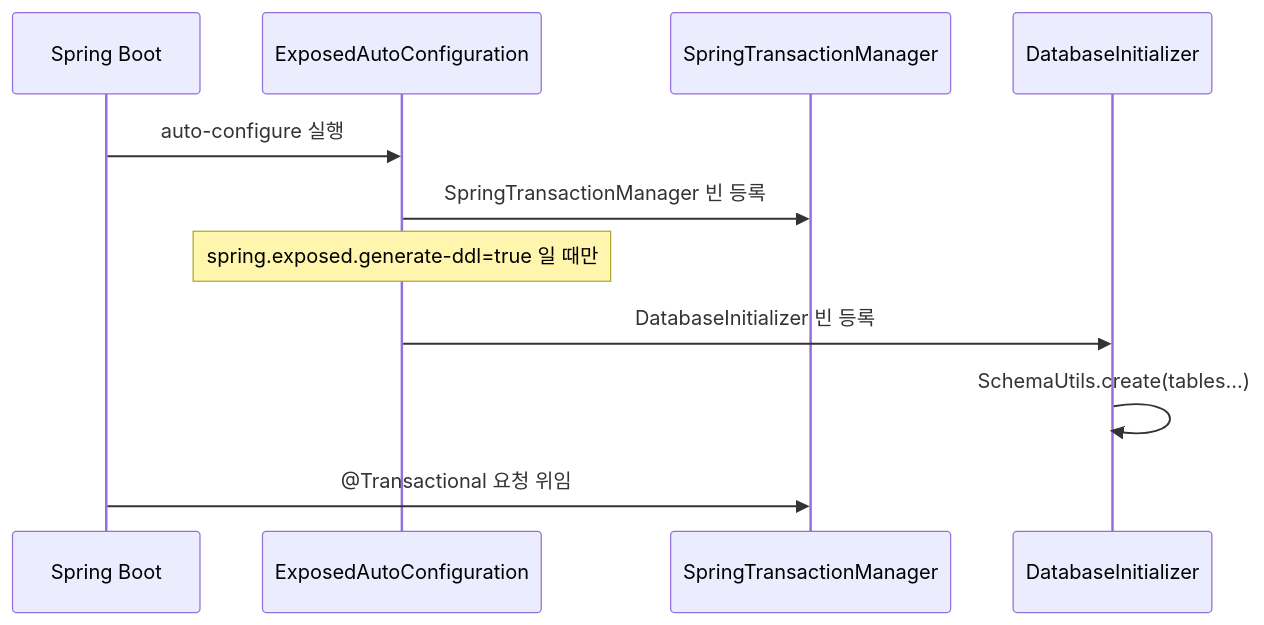
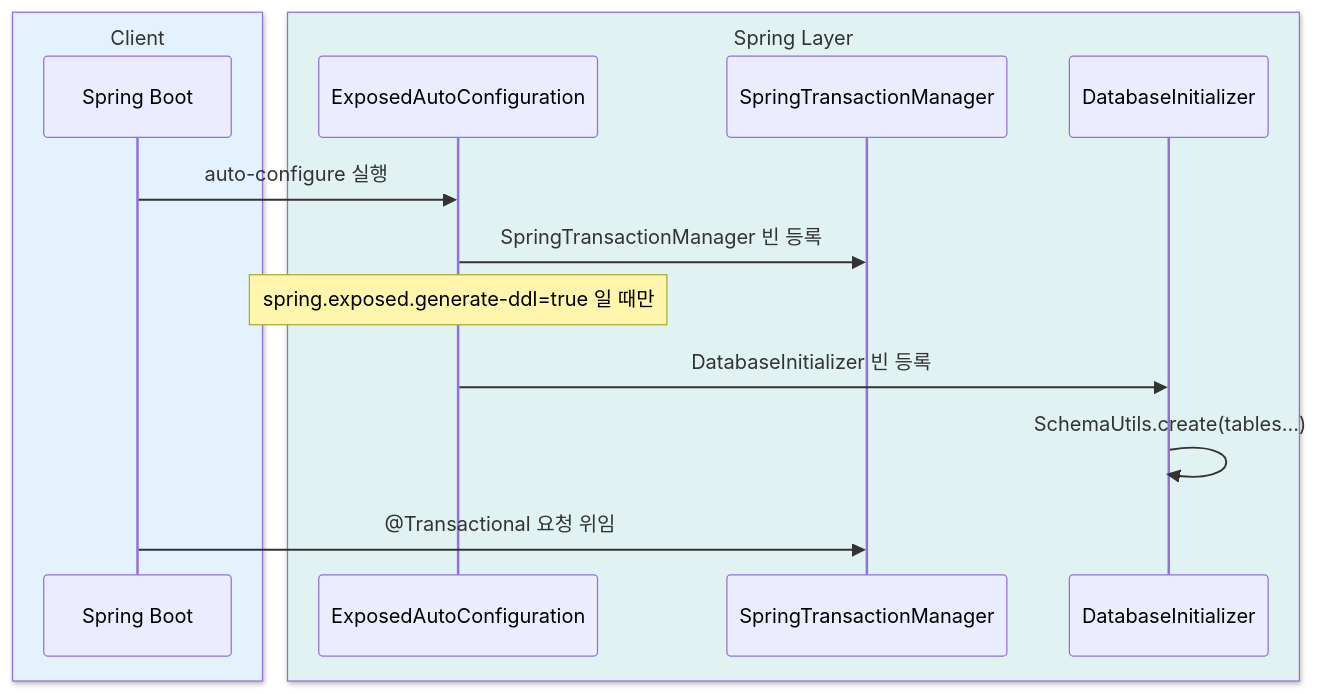
The second of 2 diagrams in 09-spring/01-springboot-autoconfigure/README.ko.md (bluetape4k/exposed-workshop), drawn with Mermaid before and after one commit. The commit also changed 43 other files, not shown here.

First line of the commit message:
docs: sequence diagram에 box rgb() 파스텔 영역 적용

````diff
--- a/09-spring/01-springboot-autoconfigure/README.ko.md
+++ b/09-spring/01-springboot-autoconfigure/README.ko.md
@@ -101,15 +101,19 @@
 ```mermaid
-%%{init: {"theme": "neutral", "themeVariables": {"fontFamily": "'Comic Mono', 'goorm sans code', 'JetBrains Mono', 'goorm sans'", "actorBkg": "#E3F2FD", "actorBorder": "#90CAF9", "actorTextColor": "#1565C0", "actorLineColor": "#90CAF9", "activationBkgColor": "#E8F5E9", "activationBorderColor": "#A5D6A7", "labelBoxBkgColor": "#FFF3E0", "labelBoxBorderColor": "#FFCC80", "labelTextColor": "#E65100", "loopTextColor": "#6A1B9A", "noteBkgColor": "#F3E5F5", "noteBorderColor": "#CE93D8", "noteTextColor": "#6A1B9A", "signalColor": "#1565C0", "signalTextColor": "#1565C0"}}}%%
+%%{init: {"theme": "neutral", "themeVariables": {"fontFamily": "'Comic Mono', 'goorm sans code', 'JetBrains Mono', 'goorm sans'"}}}%%
 sequenceDiagram
-    participant Boot as Spring Boot
-    participant AC as ExposedAutoConfiguration
-    participant STM as SpringTransactionManager
-    participant DI as DatabaseInitializer
+    box rgb(227, 242, 253) Client
+        participant Boot as Spring Boot
+    end
+    box rgb(224, 242, 241) Spring Layer
+        participant AC as ExposedAutoConfiguration
+        participant STM as SpringTransactionManager
+        participant DI as DatabaseInitializer
+    end
 
     Boot->>AC: auto-configure 실행
     AC->>STM: SpringTransactionManager 빈 등록
     Note over AC: spring.exposed.generate-ddl=true 일 때만
     AC->>DI: DatabaseInitializer 빈 등록
     DI->>DI: SchemaUtils.create(tables...)
     Boot->>STM: @Transactional 요청 위임
 ```
````
